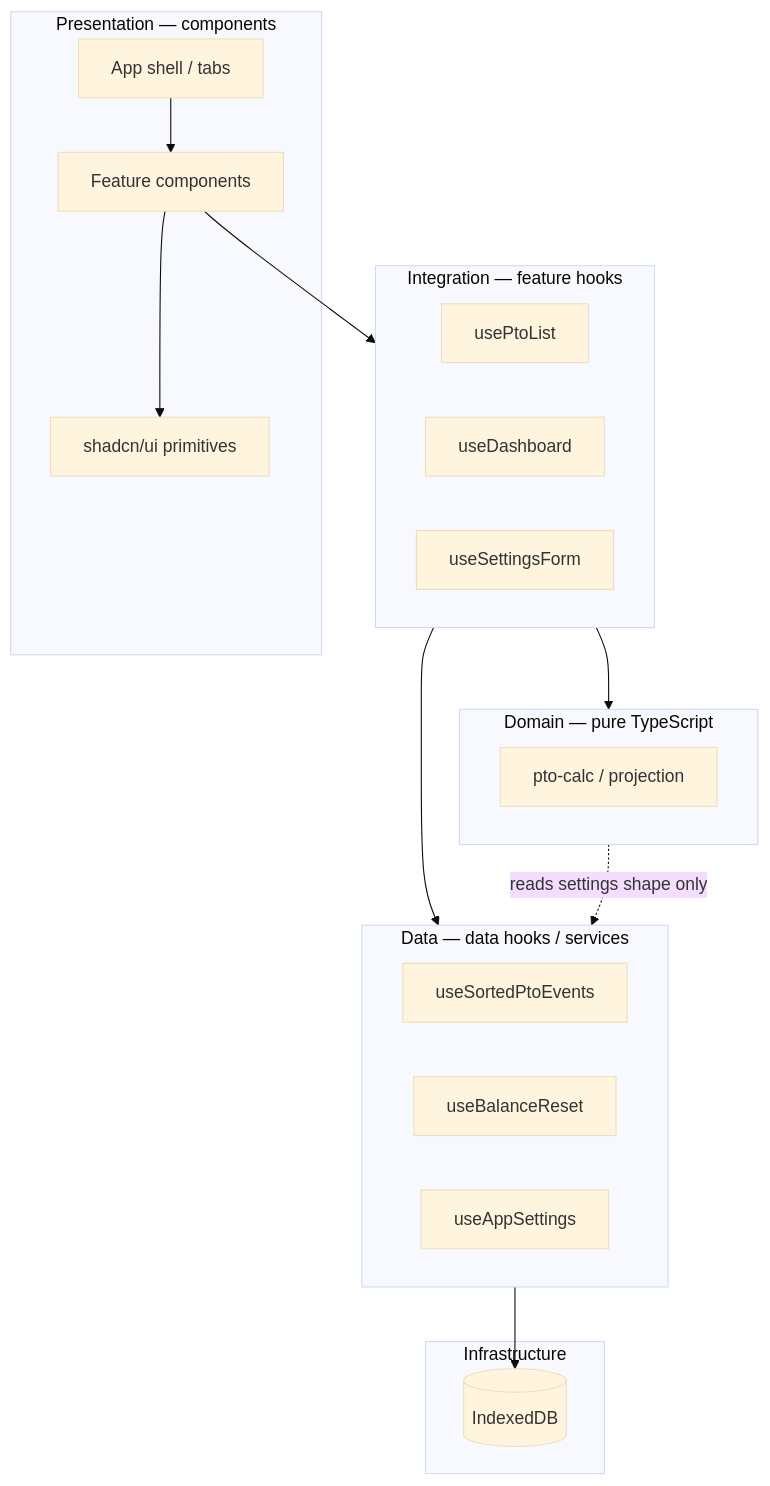
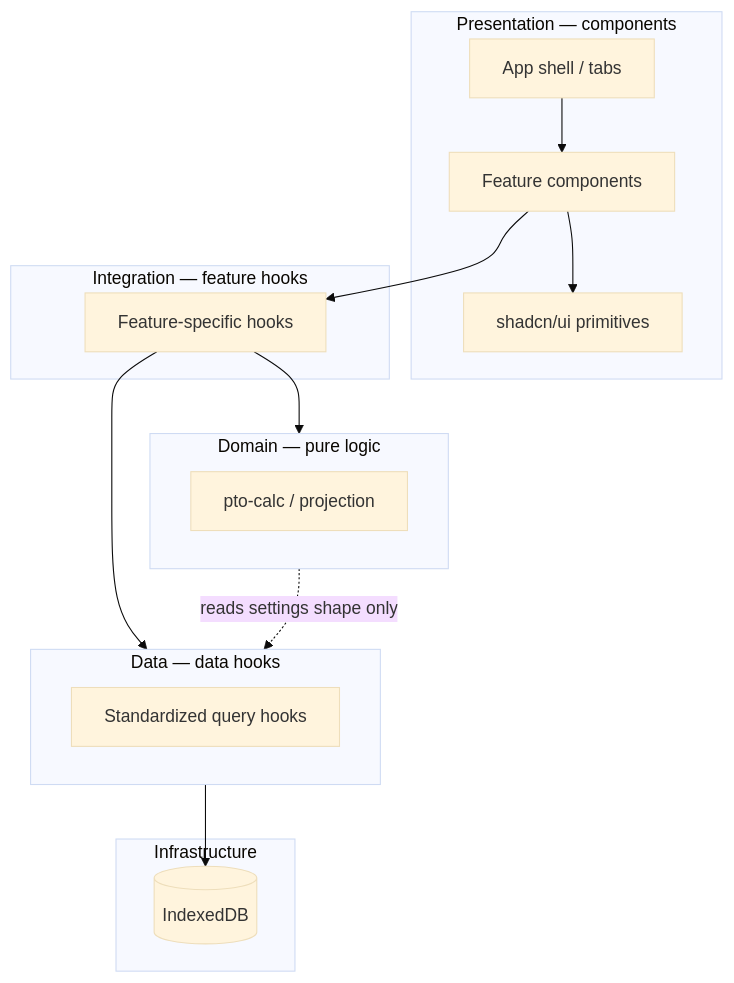
Before and after one commit to Blacktiger/pto-planner: the diagram in docs/ARCHITECTURE.md, drawn with Mermaid (base theme). The commit also changed other lines of this file and 6 other files, not shown here.

First line of the commit message:
docs: update documentation to reflect 3-layer architecture refactor

````diff
--- a/docs/ARCHITECTURE.md
+++ b/docs/ARCHITECTURE.md
@@ -26,36 +28,32 @@
 ```mermaid
 flowchart TB
   subgraph presentation [Presentation — components]
     App[App shell / tabs]
-    Features[Feature components]
+    FeatureComp[Feature components]
     UI[shadcn/ui primitives]
   end
 
   subgraph integration [Integration — feature hooks]
-    UsePtoList[usePtoList]
-    UseDashboard[useDashboard]
-    UseSettings[useSettingsForm]
+    FeatureHook[Feature-specific hooks]
   end
 
-  subgraph data [Data — data hooks / services]
-    UseSortedPto[useSortedPtoEvents]
-    UseReset[useBalanceReset]
-    UseAppSettings[useAppSettings]
+  subgraph data [Data — data hooks]
+    StandardHooks[Standardized query hooks]
   end
 
-  subgraph domain [Domain — pure TypeScript]
+  subgraph domain [Domain — pure logic]
     Calc[pto-calc / projection]
   end
 
   subgraph infra [Infrastructure]
     Dexie[(IndexedDB)]
   end
 
-  App --> Features
-  Features --> UI
-  Features --> integration
-  integration --> data
-  integration --> domain
+  App --> FeatureComp
+  FeatureComp --> UI
+  FeatureComp --> FeatureHook
+  FeatureHook --> data
+  FeatureHook --> domain
   data --> Dexie
   domain -.->|reads settings shape only| data
 ```
````
